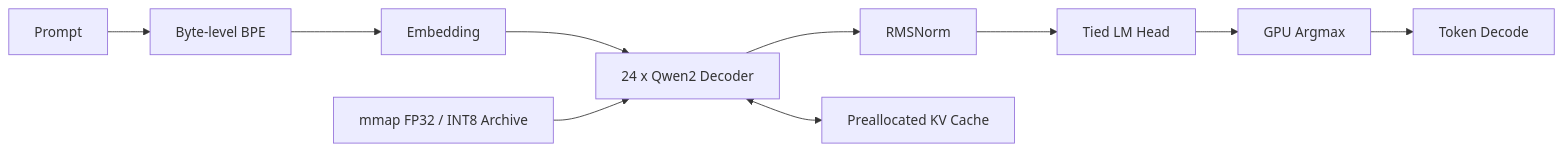
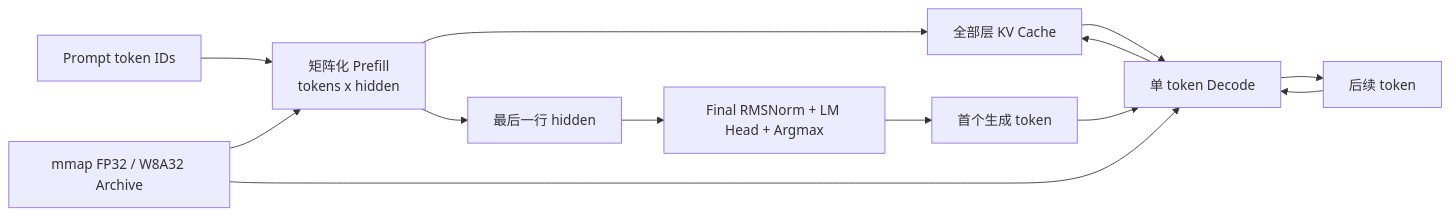
Before and after one commit to Greedy-cy/qwen2.5-jetson-inference: the diagram in README.md, drawn with Mermaid. The commit also changed other lines of this file and 7 other files, not shown here.

````diff
--- a/README.md
+++ b/README.md
@@ -71,12 +79,15 @@
 ```mermaid
 flowchart LR
-    A[Prompt] --> B[Byte-level BPE]
-    B --> C[Embedding]
-    C --> D[24 x Qwen2 Decoder]
-    D --> E[RMSNorm]
-    E --> F[Tied LM Head]
-    F --> G[GPU Argmax]
-    G --> H[Token Decode]
-    D <--> K[Preallocated KV Cache]
-    W[mmap FP32 / INT8 Archive] --> D
+    A[Prompt token IDs] --> B["矩阵化 Prefill<br/>tokens x hidden"]
+    B --> C[全部层 KV Cache]
+    B --> D[最后一行 hidden]
+    D --> E[Final RMSNorm + LM Head + Argmax]
+    E --> F[首个生成 token]
+    F --> G[单 token Decode]
+    C --> G
+    G --> C
+    G --> H[后续 token]
+    H --> G
+    W["mmap FP32 / W8A32 Archive"] --> B
+    W --> G
 ```
````
